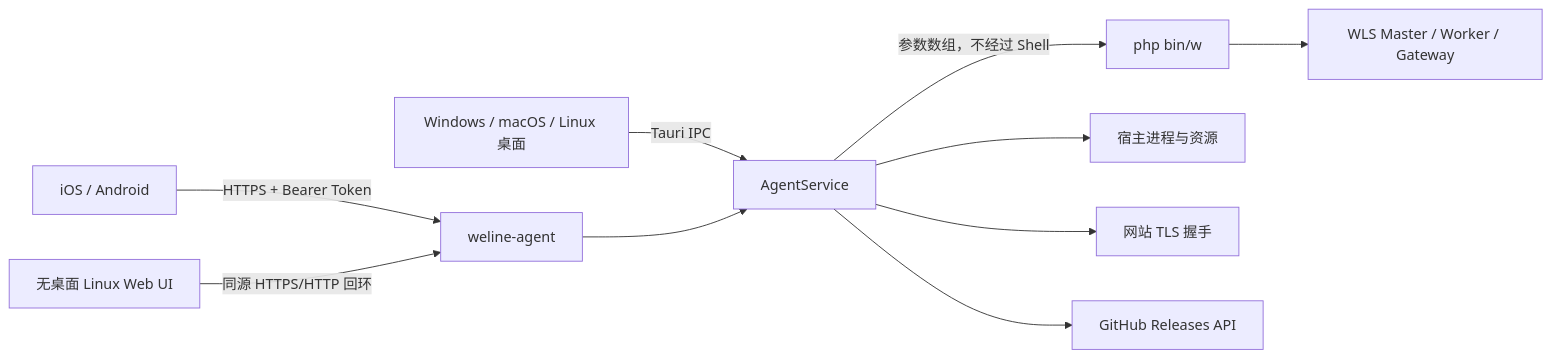
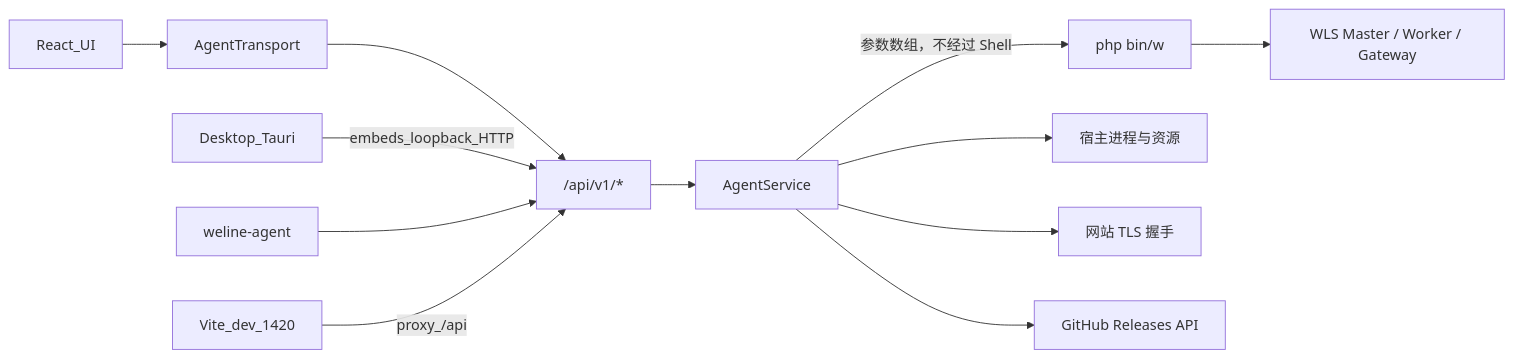
The diagram in docs/ARCHITECTURE.md (Aiweline/weline-gui), drawn with Mermaid before and after one commit. The commit also changed other lines of this file and 20 other files, not shown here.

First line of the commit message:
feat: 桌面与 Web 统一 Agent HTTP，并支持内嵌页刷新

````diff
--- a/docs/ARCHITECTURE.md
+++ b/docs/ARCHITECTURE.md
@@ -5,12 +9,17 @@
 ```mermaid
 flowchart LR
-    D[Windows / macOS / Linux 桌面] -->|Tauri IPC| S[AgentService]
-    M[iOS / Android] -->|HTTPS + Bearer Token| H[weline-agent]
-    B[无桌面 Linux Web UI] -->|同源 HTTPS/HTTP 回环| H
-    H --> S
+    UI[React_UI]
+    T[AgentTransport]
+    API["/api/v1/*"]
+    S[AgentService]
+    UI --> T --> API
+    D[Desktop_Tauri] -->|embeds_loopback_HTTP| API
+    A[weline-agent] --> API
+    V[Vite_dev_1420] -->|proxy_/api| API
+    API --> S
     S -->|参数数组，不经过 Shell| W[php bin/w]
     S --> P[宿主进程与资源]
-    S --> T[网站 TLS 握手]
+    S --> Cert[网站 TLS 握手]
     S --> G[GitHub Releases API]
     W --> L[WLS Master / Worker / Gateway]
 ```
````
